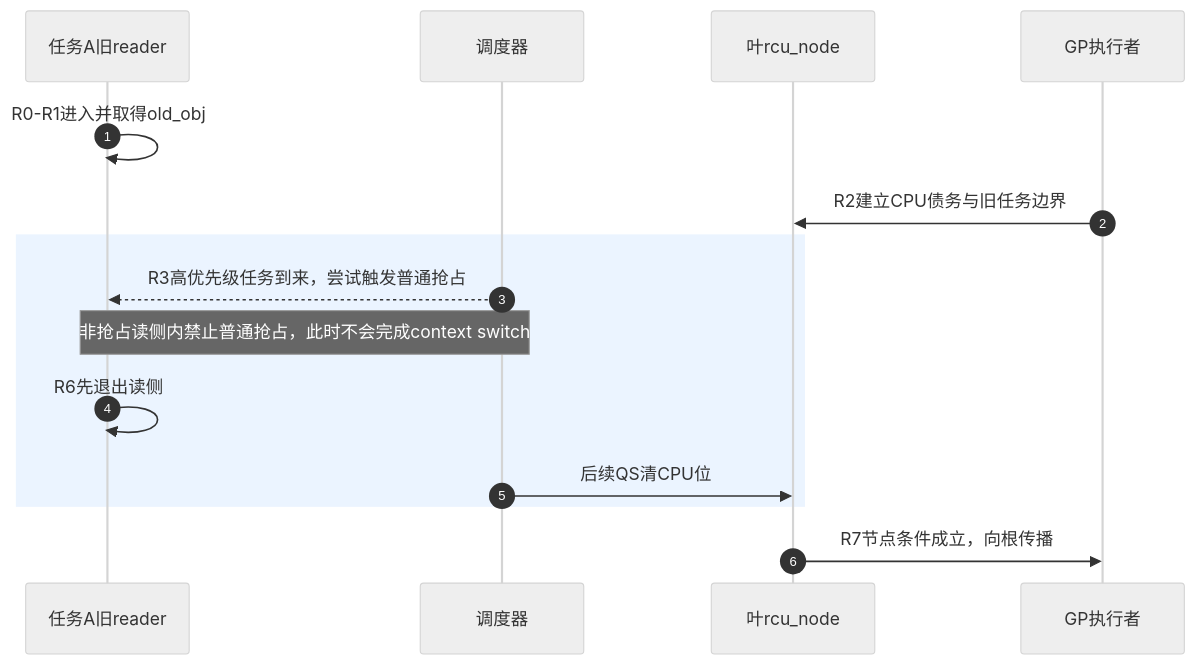
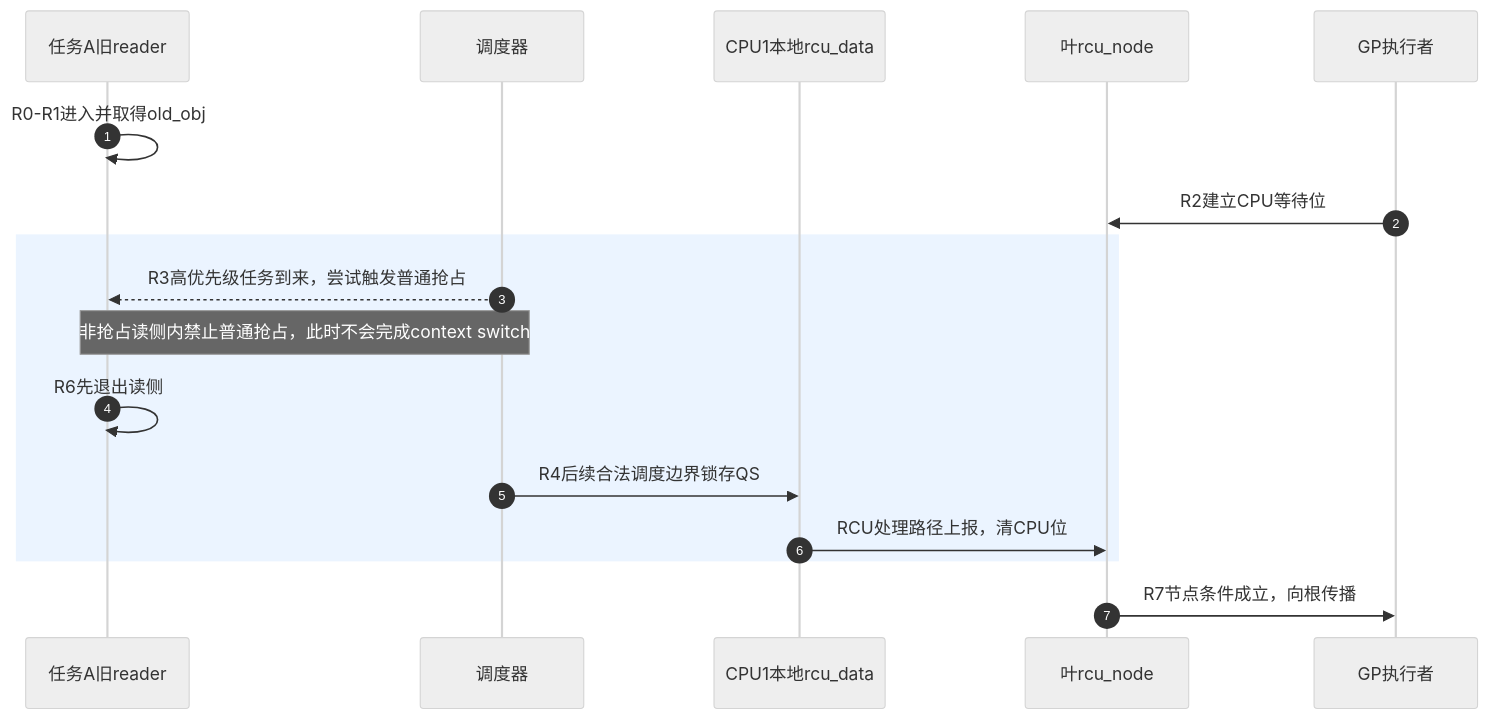
The third of 4 diagrams in knowledge/linux/synchronization_and_asynchrony/synchronization/rcu/P06_Tree_RCU_读侧执行模型与配置差异.md (FormingSystem/linux_note), drawn with Mermaid (neutral theme) before and after one commit. The commit also changed other lines of this file and 3 other files, not shown here.

````diff
--- a/knowledge/linux/synchronization_and_asynchrony/synchronization/rcu/P06_Tree_RCU_读侧执行模型与配置差异.md
+++ b/knowledge/linux/synchronization_and_asynchrony/synchronization/rcu/P06_Tree_RCU_读侧执行模型与配置差异.md
@@ -218,18 +226,20 @@
 ```mermaid
 sequenceDiagram
     autonumber
     participant A as 任务A旧reader
     participant S as 调度器
+    participant D as CPU1本地rcu_data
     participant N as 叶rcu_node
     participant G as GP执行者
 
     A->>A: R0-R1进入并取得old_obj
-    G->>N: R2建立CPU债务与旧任务边界
+    G->>N: R2建立CPU等待位
     rect rgb(235, 244, 255)
         S-->>A: R3高优先级任务到来，尝试触发普通抢占
         Note over S,A: 非抢占读侧内禁止普通抢占，此时不会完成context switch
         A->>A: R6先退出读侧
-        S->>N: 后续QS清CPU位
+        S->>D: R4后续合法调度边界锁存QS
+        D->>N: RCU处理路径上报，清CPU位
     end
     N->>G: R7节点条件成立，向根传播
 ```
````
